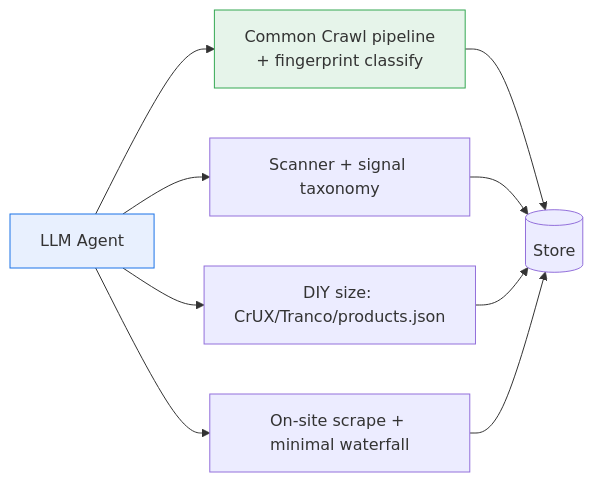
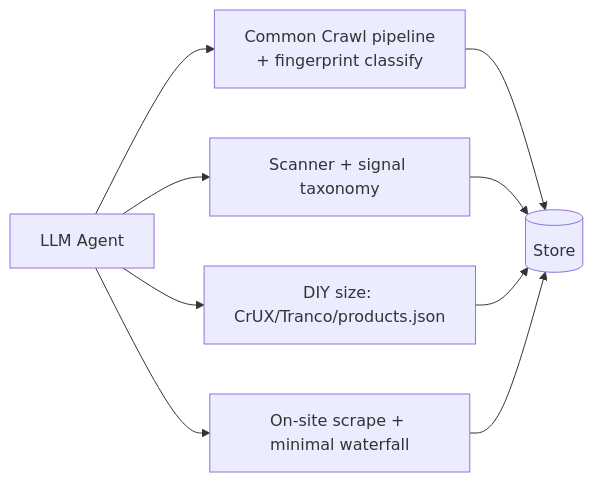
Before and after one commit to omars-lab/omars-lab.github.io: the eighth of 13 diagrams in bytesofpurpose-blog/designs/2026-06-21-ecommerce-site-scanner-and-lead-generation-engine.mdx, drawn with Mermaid. The commit also changed other lines of this file and 6 other files, not shown here.

First line of the commit message:
feat(designs): on-brand mermaid theme + dark-mode-adaptive diagrams

````diff
--- a/bytesofpurpose-blog/designs/2026-06-21-ecommerce-site-scanner-and-lead-generation-engine.mdx
+++ b/bytesofpurpose-blog/designs/2026-06-21-ecommerce-site-scanner-and-lead-generation-engine.mdx
@@ -499,10 +480,8 @@
 ```mermaid
 graph LR
     AGENT[LLM Agent] --> CC[Common Crawl pipeline<br/>+ fingerprint classify]
     AGENT --> SCAN[Scanner + signal taxonomy]
     AGENT --> DIY[DIY size: CrUX/Tranco/products.json]
     AGENT --> CONTACT[On-site scrape + minimal waterfall]
     CC & SCAN & DIY & CONTACT --> STORE[(Store)]
-    style AGENT fill:#e8f0fe,stroke:#1a73e8
-    style CC fill:#e6f4ea,stroke:#34a853
 ```
````
